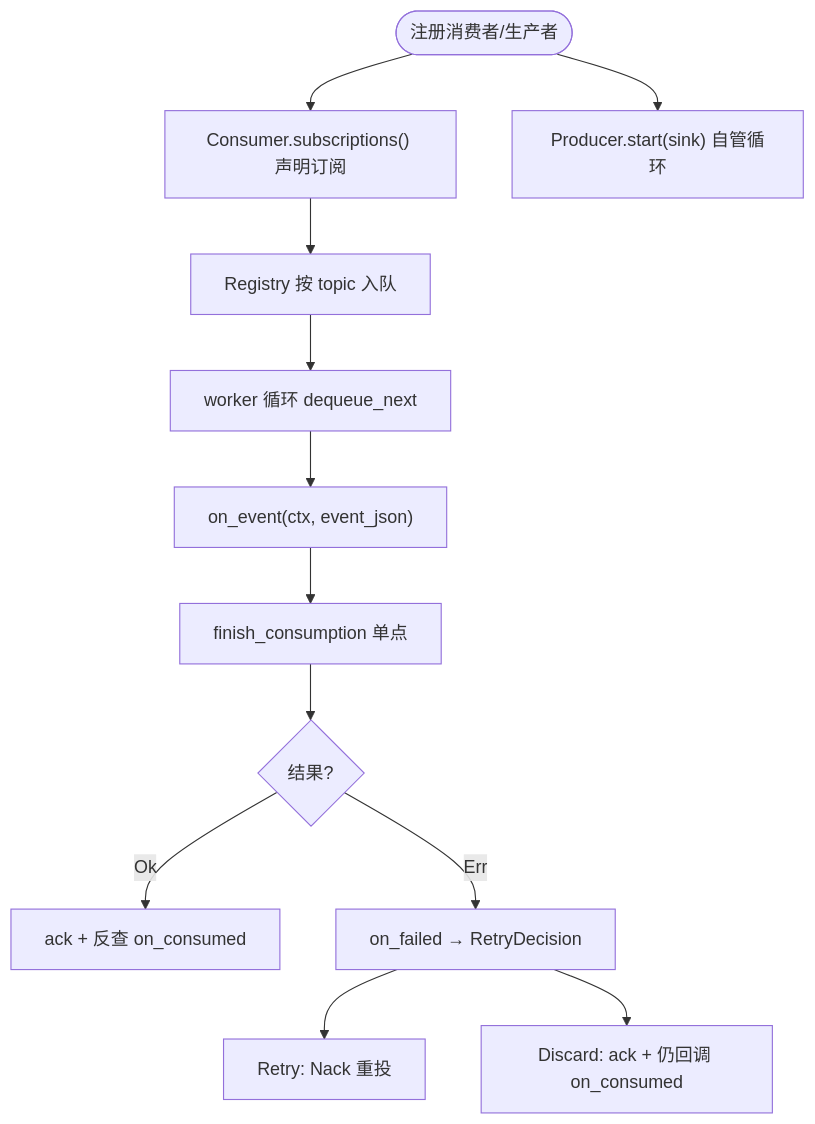
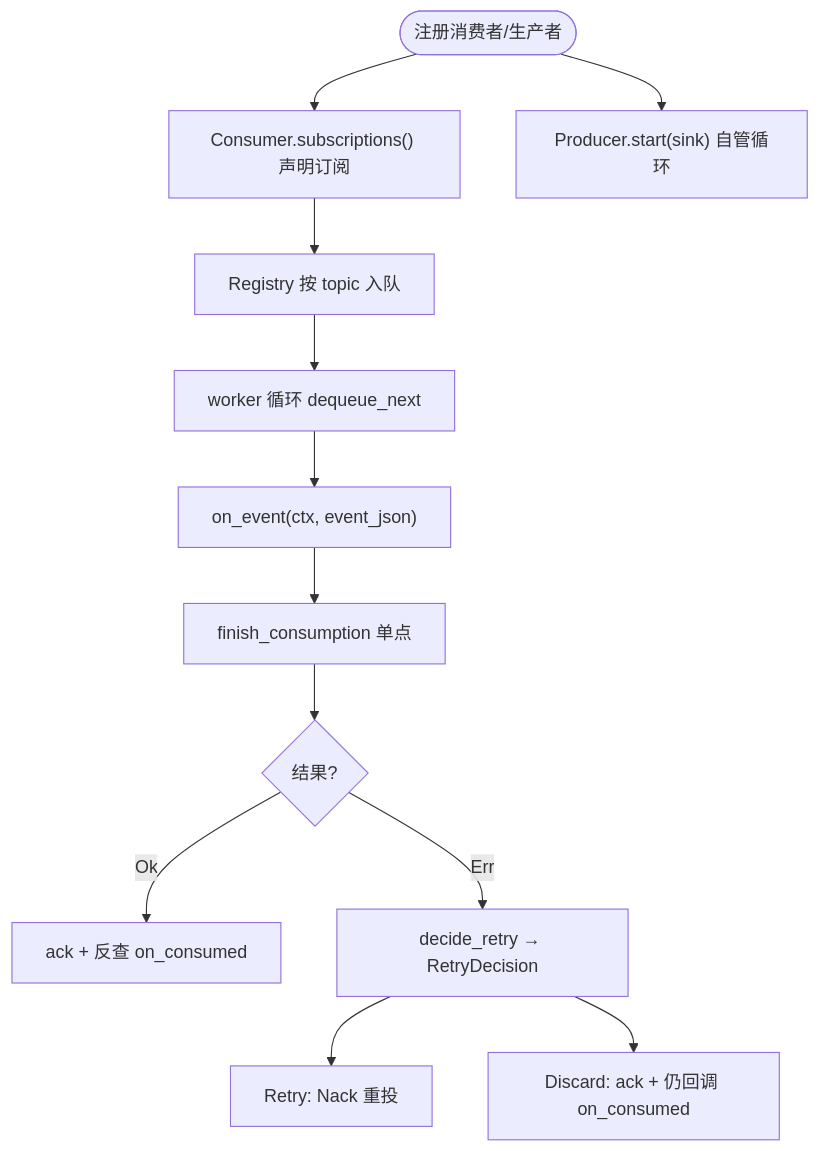
One commit to runningcoders/ai_orz changed the fourth of 7 diagrams in docs/wiki/zh/content/核心模块/AOP 事件系统/核心概念与架构.md. Above: the diagram before and after it, drawn with Mermaid. The commit also changed other lines of this file and 28 other files, not shown here.

````diff
--- a/docs/wiki/zh/content/核心模块/AOP 事件系统/核心概念与架构.md
+++ b/docs/wiki/zh/content/核心模块/AOP 事件系统/核心概念与架构.md
@@ -212,14 +212,14 @@
 ```mermaid
 graph TB
 Start(["注册消费者/生产者"]) --> Sub["Consumer.subscriptions() 声明订阅"]
 Start --> Prod["Producer.start(sink) 自管循环"]
 Sub --> Route["Registry 按 topic 入队"]
 Route --> Worker["worker 循环 dequeue_next"]
 Worker --> OnEvent["on_event(ctx, event_json)"]
 OnEvent --> FC["finish_consumption 单点"]
 FC --> Decide{"结果?"}
 Decide --> |Ok| Ack["ack + 反查 on_consumed"]
-Decide --> |Err| RD["on_failed → RetryDecision"]
+Decide --> |Err| RD["decide_retry → RetryDecision"]
 RD --> Retry["Retry: Nack 重投"]
 RD --> Discard["Discard: ack + 仍回调 on_consumed"]
 ```
````
